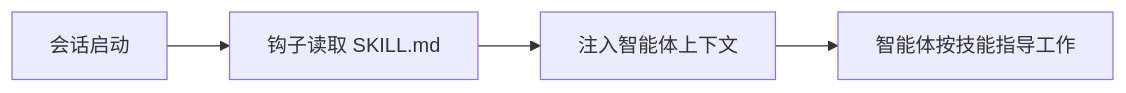
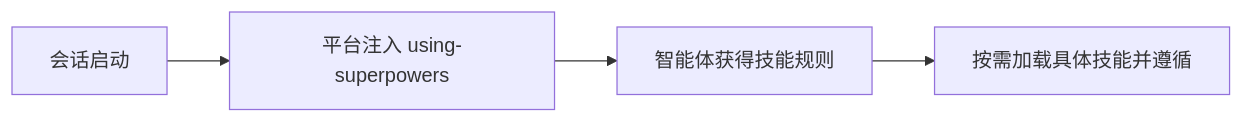
The first of 3 diagrams in docs/zh/01-overview.md (yongnianliu/superpowers), drawn with Mermaid before and after one commit. The commit also changed other lines of this file and 12 other files, not shown here.

````diff
--- a/docs/zh/01-overview.md
+++ b/docs/zh/01-overview.md
@@ -16,6 +16,6 @@
 ```mermaid
 graph LR
-    A[会话启动] --> B[钩子读取 SKILL.md]
-    B --> C[注入智能体上下文]
-    C --> D[智能体按技能指导工作]
+    A[会话启动] --> B[平台注入 using-superpowers]
+    B --> C[智能体获得技能规则]
+    C --> D[按需加载具体技能并遵循]
 ```
````
